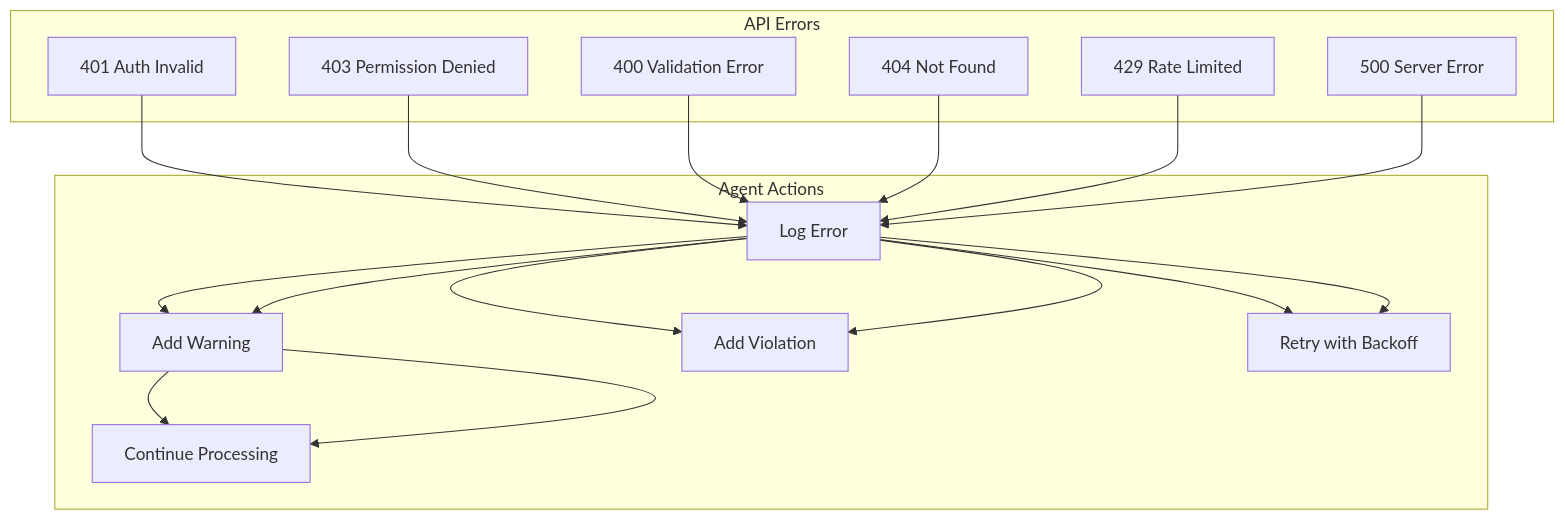
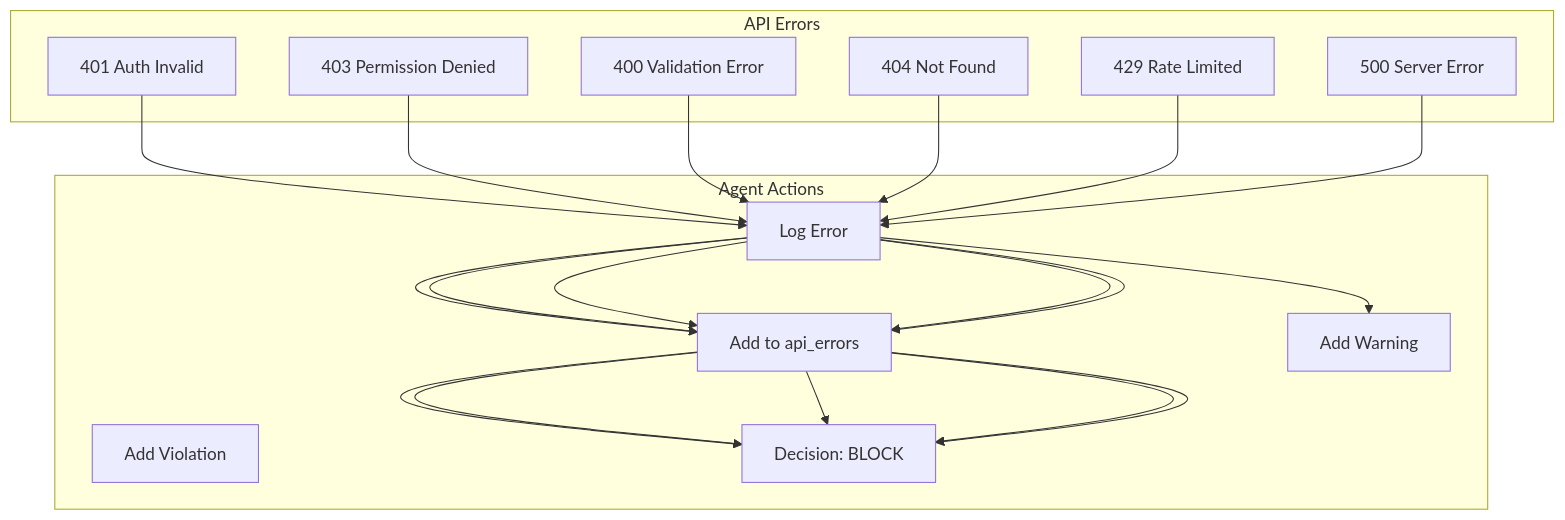
One commit to alyab16/Enterprise-Agents-Solutions-Case-Study changed the tenth of 11 diagrams in SOLUTION_DESIGN.md. Above: the diagram before and after it, drawn with Mermaid. The commit also changed other lines of this file and 5 other files, not shown here.

````diff
--- a/SOLUTION_DESIGN.md
+++ b/SOLUTION_DESIGN.md
@@ -583,26 +529,26 @@
 ```mermaid
 flowchart TD
     subgraph Errors["API Errors"]
         E401[401 Auth Invalid]
         E403[403 Permission Denied]
         E400[400 Validation Error]
         E404[404 Not Found]
         E429[429 Rate Limited]
         E500[500 Server Error]
     end
     
     subgraph Actions["Agent Actions"]
         LOG[Log Error]
+        API_ERR[Add to api_errors]
         WARN[Add Warning]
         VIOL[Add Violation]
-        RETRY[Retry with Backoff]
-        CONTINUE[Continue Processing]
+        BLOCK_DEC[Decision: BLOCK]
     end
     
-    E401 --> LOG --> WARN --> CONTINUE
-    E403 --> LOG --> VIOL
-    E400 --> LOG --> VIOL
-    E404 --> LOG --> WARN --> CONTINUE
-    E429 --> LOG --> RETRY
-    E500 --> LOG --> RETRY
+    E401 --> LOG --> API_ERR --> BLOCK_DEC
+    E403 --> LOG --> API_ERR --> BLOCK_DEC
+    E400 --> LOG --> API_ERR --> BLOCK_DEC
+    E404 --> LOG --> WARN
+    E429 --> LOG --> API_ERR --> BLOCK_DEC
+    E500 --> LOG --> API_ERR --> BLOCK_DEC
 ```
````
